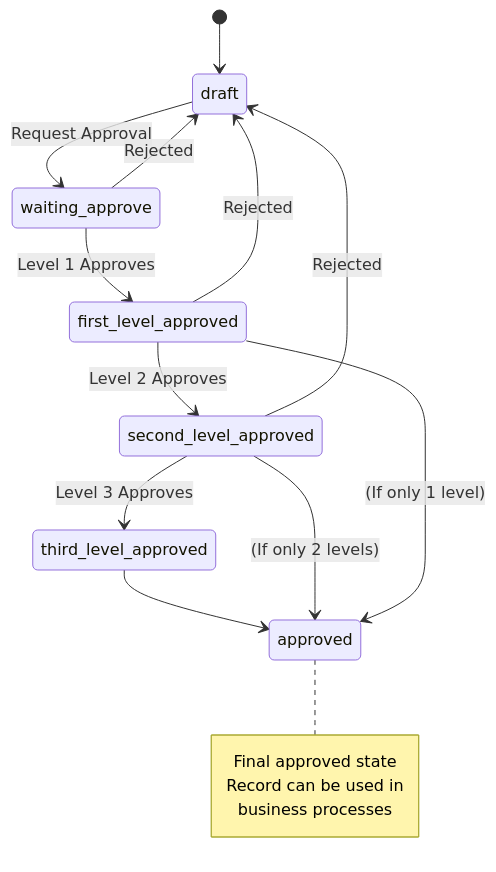
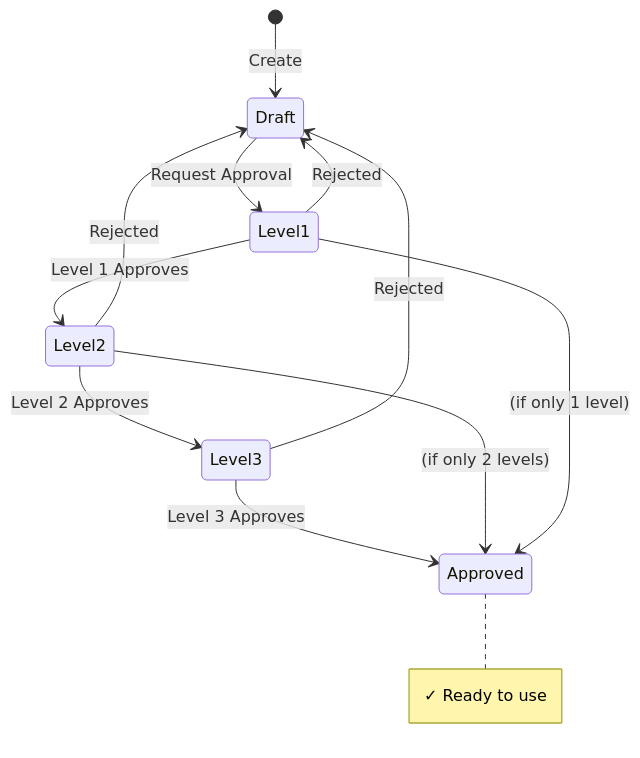
Before and after one commit to centrics-lakshitha/development_documentation: the second of 11 diagrams in lablink/Document/LABLINK_CUSTOM_DEVELOPMENTS_MANUAL.md, drawn with Mermaid. The commit also changed other lines of this file, not shown here.

````diff
--- a/lablink/Document/LABLINK_CUSTOM_DEVELOPMENTS_MANUAL.md
+++ b/lablink/Document/LABLINK_CUSTOM_DEVELOPMENTS_MANUAL.md
@@ -101,20 +88,18 @@
 ```mermaid
 stateDiagram-v2
-    [*] --> draft
-    draft --> waiting_approve: Request Approval
-    waiting_approve --> first_level_approved: Level 1 Approves
-    waiting_approve --> draft: Rejected
-    first_level_approved --> second_level_approved: Level 2 Approves
-    first_level_approved --> draft: Rejected
-    second_level_approved --> third_level_approved: Level 3 Approves
-    second_level_approved --> draft: Rejected
-    third_level_approved --> approved
-    second_level_approved --> approved: (If only 2 levels)
-    first_level_approved --> approved: (If only 1 level)
+    [*] --> Draft: Create
+    Draft --> Level1: Request Approval
+    Level1 --> Level2: Level 1 Approves
+    Level2 --> Level3: Level 2 Approves
+    Level3 --> Approved: Level 3 Approves
+    Level2 --> Approved: (if only 2 levels)
+    Level1 --> Approved: (if only 1 level)
 
-    note right of approved
-        Final approved state
-        Record can be used in
-        business processes
+    Level1 --> Draft: Rejected
+    Level2 --> Draft: Rejected
+    Level3 --> Draft: Rejected
+
+    note right of Approved
+        ✓ Ready to use
     end note
 ```
````
